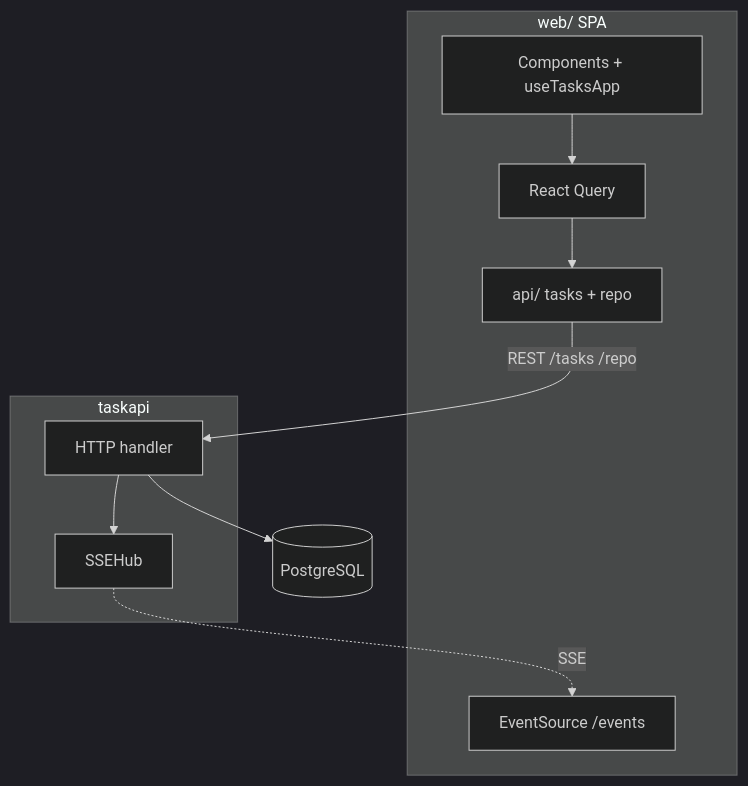
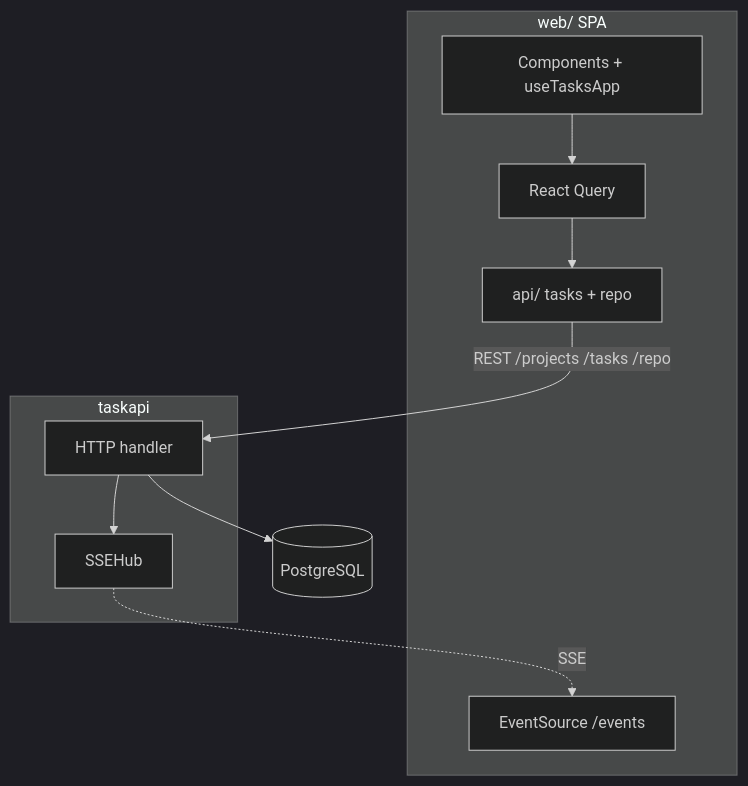
The first of 3 diagrams in docs/WEB.md (AlexsanderHamir/T2A), drawn with Mermaid (dark theme) before and after one commit. The commit also changed other lines of this file and 15 other files, not shown here.

````diff
--- a/docs/WEB.md
+++ b/docs/WEB.md
@@ -33,23 +33,23 @@
 ```mermaid
 flowchart TB
   subgraph spa["web/ SPA"]
     UI[Components + useTasksApp]
     RQ[React Query]
     API[api/ tasks + repo]
     ES[EventSource /events]
     UI --> RQ
     RQ --> API
   end
 
   subgraph taskapi["taskapi"]
     H[HTTP handler]
     Hub[SSEHub]
     H --> Hub
   end
 
   PG[(PostgreSQL)]
 
-  API -->|REST /tasks /repo| H
+  API -->|REST /projects /tasks /repo| H
   H --> PG
   Hub -.->|SSE| ES
 ```
````
